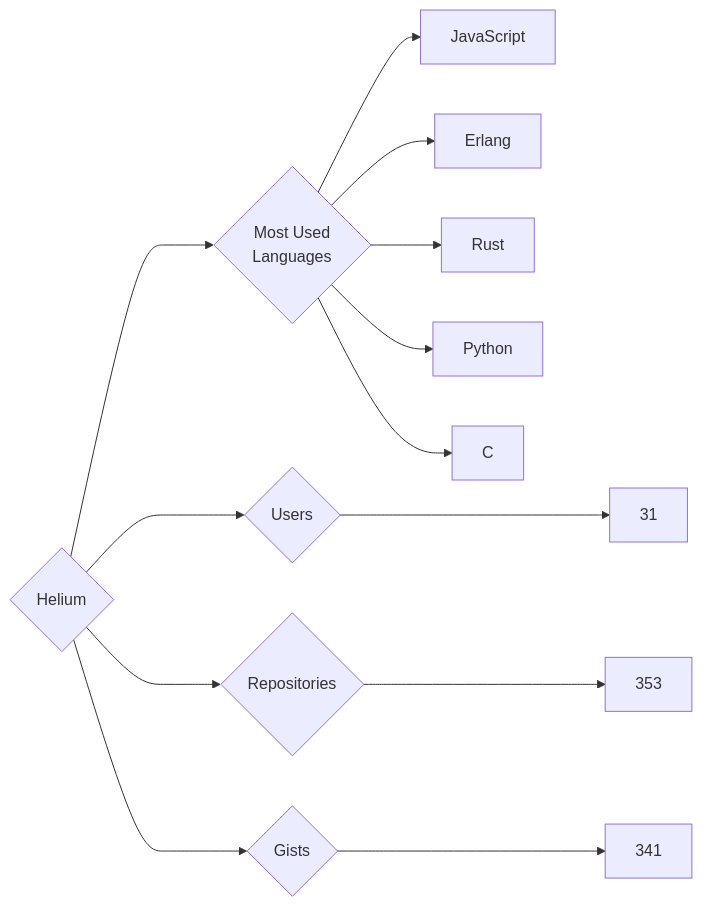
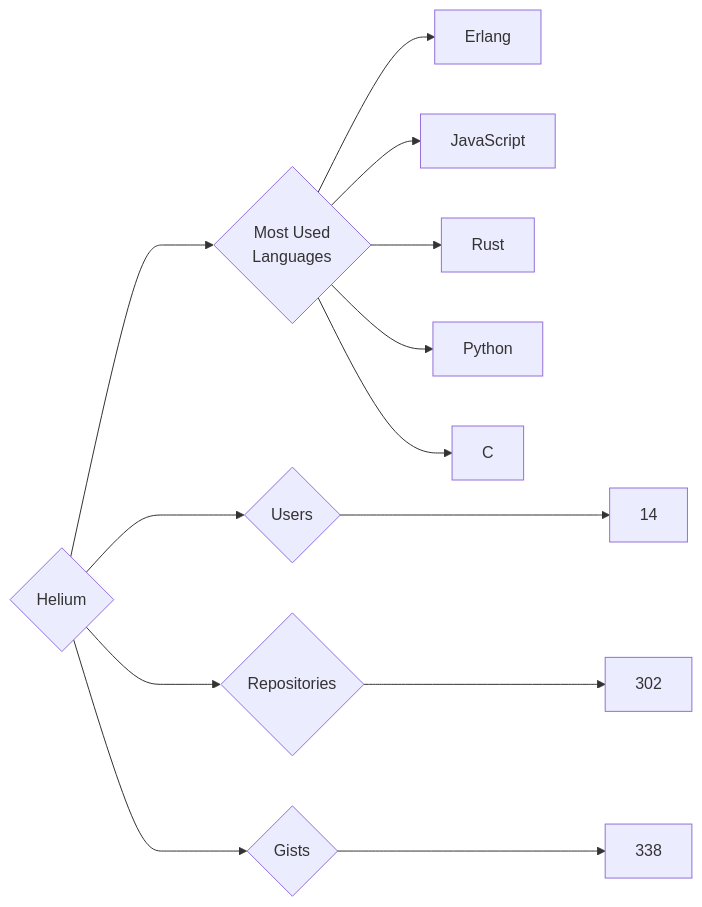
Before and after one commit to trickest/insiders: the diagram in targets/Helium/README.md, drawn with Mermaid. The commit also changed 777 other files, not shown here.

````diff
--- a/targets/Helium/README.md
+++ b/targets/Helium/README.md
@@ -3,13 +3,13 @@
 ```mermaid
 graph LR
 COMPANY_NAME{Helium}
-COMPANY_NAME ---> U{Users} ---> UN[31]
-COMPANY_NAME ---> R{Repositories} ---> RN[353]
-COMPANY_NAME ---> G{Gists} ---> GN[341]
+COMPANY_NAME ---> U{Users} ---> UN[14]
+COMPANY_NAME ---> R{Repositories} ---> RN[302]
+COMPANY_NAME ---> G{Gists} ---> GN[338]
 COMPANY_NAME ---> ML{Most Used<br>Languages}
+ML --> Erlang[Erlang]
 ML --> JavaScript[JavaScript]
-ML --> Erlang[Erlang]
 ML --> Rust[Rust]
 ML --> Python[Python]
 ML --> C[C]
 ```
````
